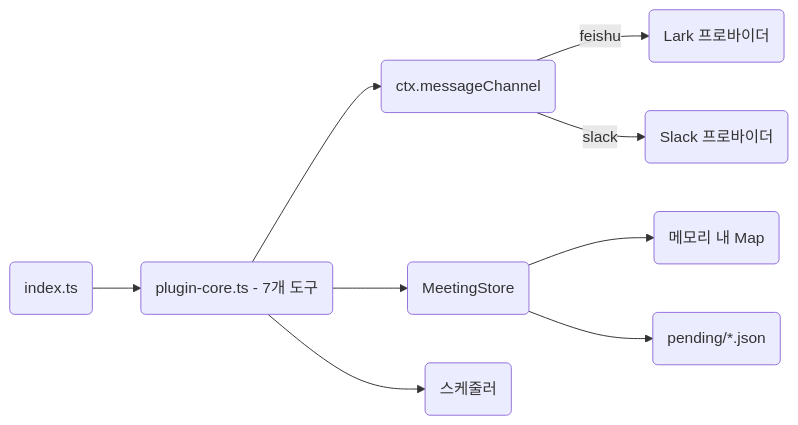
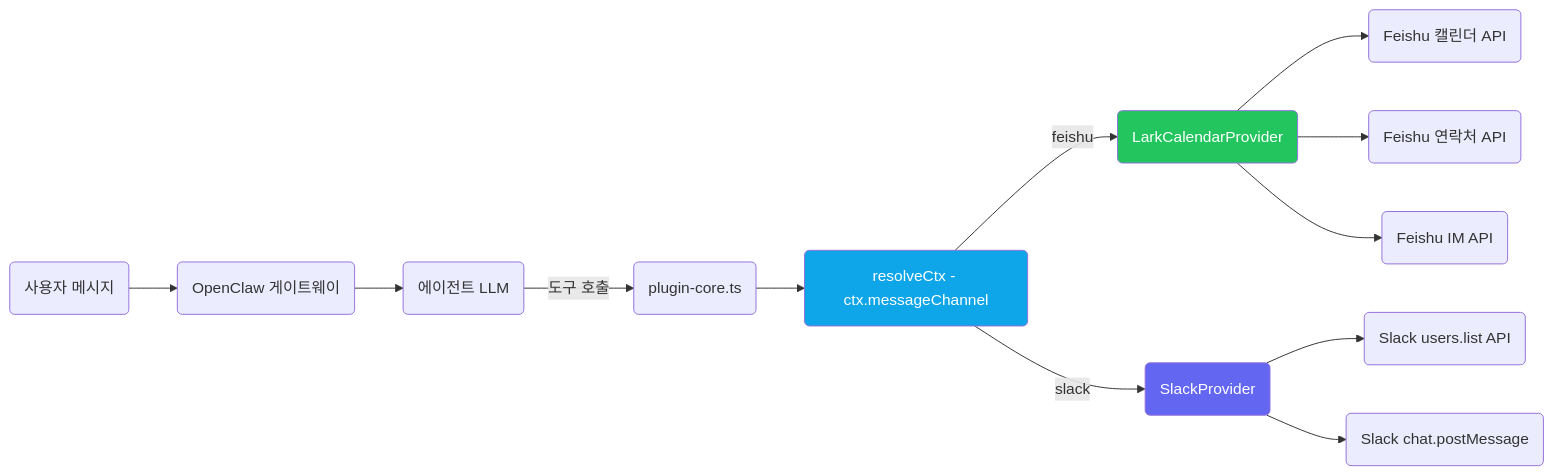
One commit to javana3/claw_meeting_all changed the second of 13 diagrams in README.ko.md. Above: the diagram before and after it, drawn with Mermaid. The commit also changed other lines of this file and 4 other files, not shown here.

First line of the commit message:
docs: rewrite all 5 READMEs with detailed Plugin/Skill flow + diff

````diff
--- a/README.ko.md
+++ b/README.ko.md
@@ -90,11 +66,18 @@
 ```mermaid
 graph LR
-    IDX(index.ts) --> CORE(plugin-core.ts - 7개 도구)
-    CORE --> ROUTER(ctx.messageChannel)
-    ROUTER -->|feishu| LP(Lark 프로바이더)
-    ROUTER -->|slack| SP(Slack 프로바이더)
-    CORE --> STORE(MeetingStore)
-    STORE --> MEM(메모리 내 Map)
-    STORE --> DISK(pending/*.json)
-    CORE --> SCH(스케줄러)
+    MSG(사용자 메시지) --> GW(OpenClaw 게이트웨이)
+    GW --> AGENT(에이전트 LLM)
+    AGENT -->|도구 호출| CORE(plugin-core.ts)
+    CORE --> CTX(resolveCtx - ctx.messageChannel)
+    CTX -->|feishu| LP(LarkCalendarProvider)
+    CTX -->|slack| SP(SlackProvider)
+    LP --> LAPI(Feishu 캘린더 API)
+    LP --> LDIR(Feishu 연락처 API)
+    LP --> LDM(Feishu IM API)
+    SP --> SDIR(Slack users.list API)
+    SP --> SDM(Slack chat.postMessage)
+
+    style CTX fill:#0ea5e9,color:#fff
+    style LP fill:#22c55e,color:#fff
+    style SP fill:#6366f1,color:#fff
 ```
````
